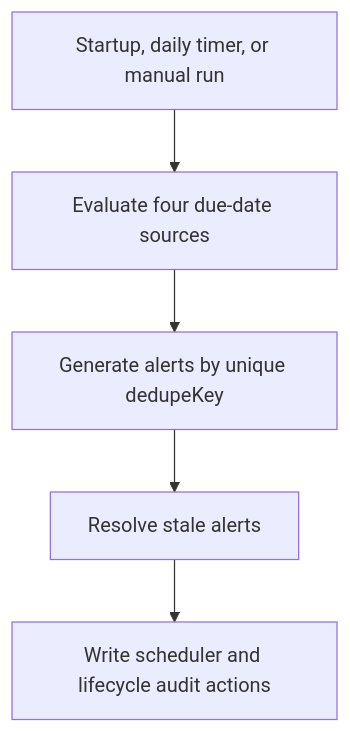
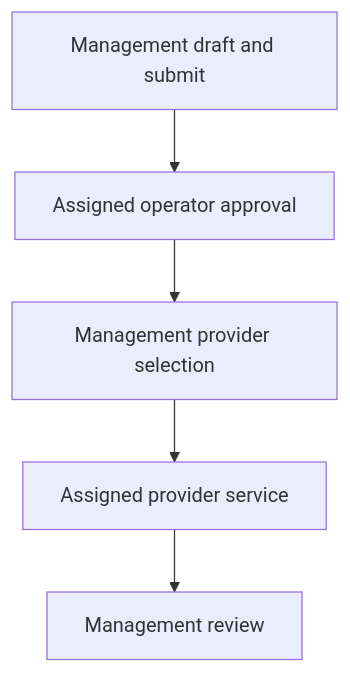
One commit to 2023t01635-eng/maintenance-report-system changed the second of 2 diagrams in docs/ARCHITECTURE.md. Above: the diagram before and after it, drawn with Mermaid. The commit also changed other lines of this file and 21 other files, not shown here.

````diff
--- a/docs/ARCHITECTURE.md
+++ b/docs/ARCHITECTURE.md
@@ -33,7 +30,7 @@
 ```mermaid
 flowchart TD
-  Trigger["Startup, daily timer, or manual run"] --> Evaluate["Evaluate four due-date sources"]
-  Evaluate --> Upsert["Generate alerts by unique dedupeKey"]
-  Upsert --> Reconcile["Resolve stale alerts"]
-  Reconcile --> Audit["Write scheduler and lifecycle audit actions"]
+  Manage["Management draft and submit"] --> Operator["Assigned operator approval"]
+  Operator --> Dispatch["Management provider selection"]
+  Dispatch --> Service["Assigned provider service"]
+  Service --> Review["Management review"]
 ```
````
